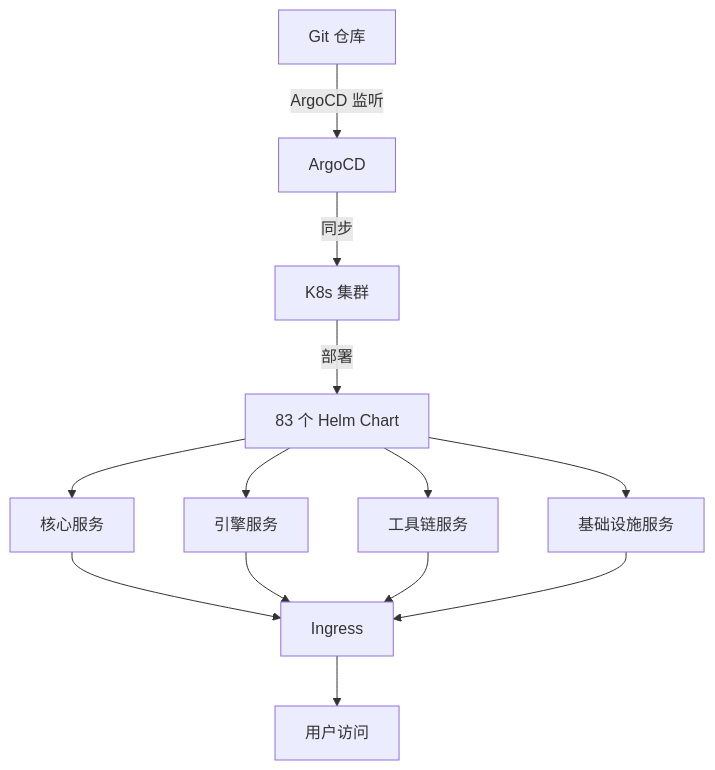
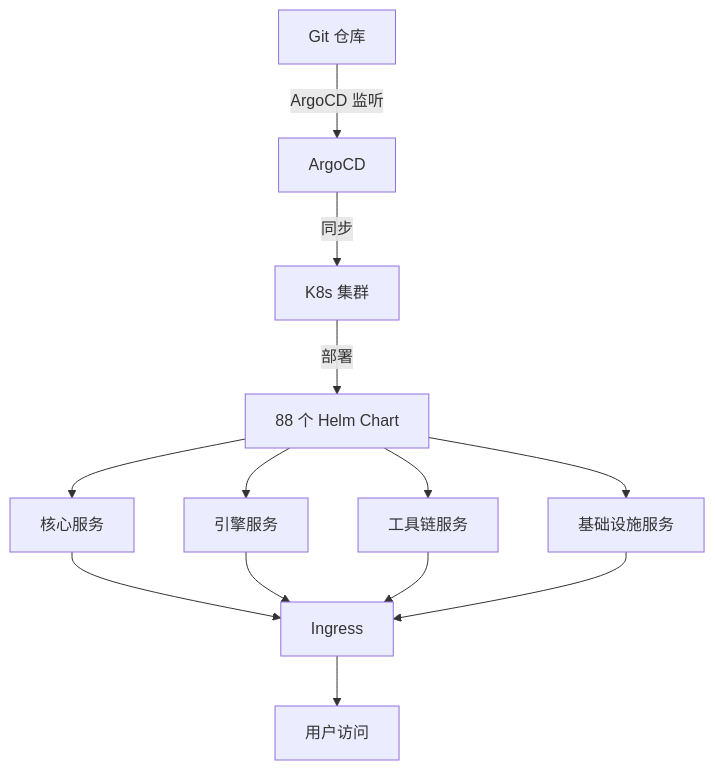
Before and after one commit to Levango7/DataEngineBDP: the first of 2 diagrams in design/deploy/部署手册.md, drawn with Mermaid. The commit also changed other lines of this file and 75 other files, not shown here.

````diff
--- a/design/deploy/部署手册.md
+++ b/design/deploy/部署手册.md
@@ -32,15 +32,15 @@
 ```mermaid
 graph TD
   A[Git 仓库] -->|ArgoCD 监听| B[ArgoCD]
   B -->|同步| C[K8s 集群]
-  C -->|部署| D[83 个 Helm Chart]
+  C -->|部署| D[88 个 Helm Chart]
   D --> E[核心服务]
   D --> F[引擎服务]
   D --> G[工具链服务]
   D --> H[基础设施服务]
   E --> I[Ingress]
   F --> I
   G --> I
   H --> I
   I --> J[用户访问]
 ```
````
